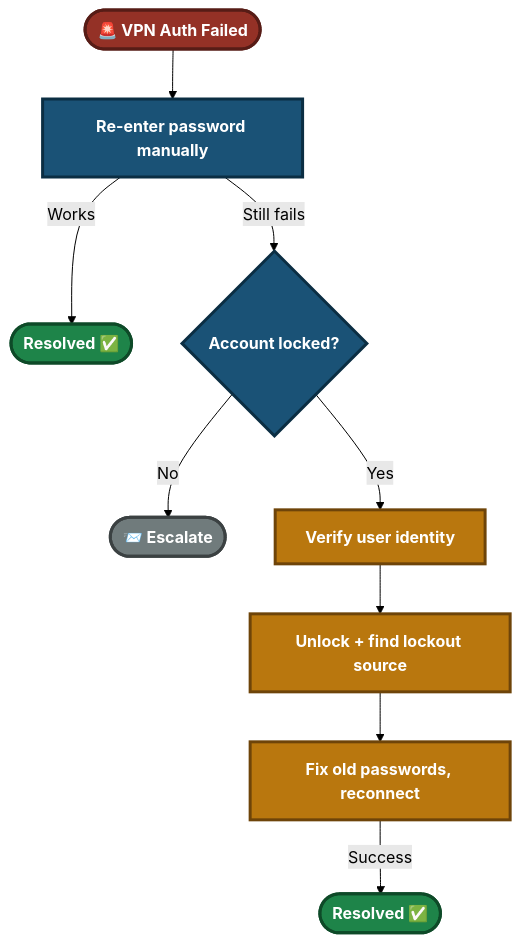
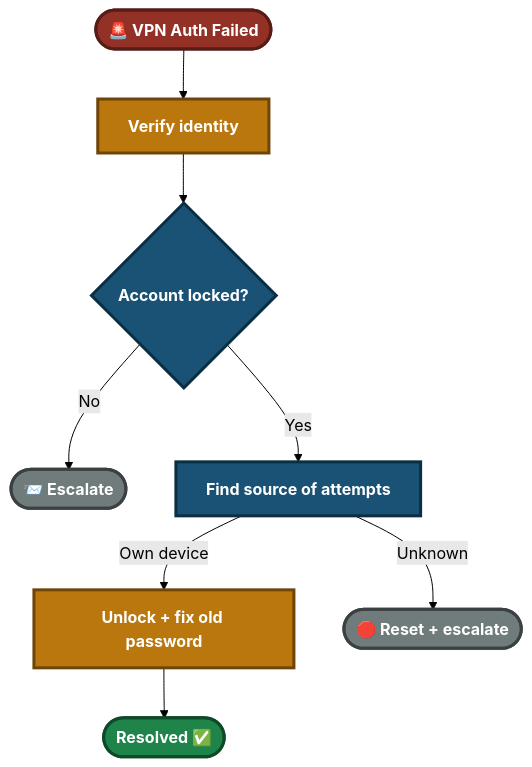
The fifth of 5 diagrams in 01-Video-knowledge-base/01.3-VPN-Connection-Failed.md (malaika-azhar/Customer-Tech-Support-Portfolio), drawn with Mermaid (forest theme) before and after one commit. The commit also changed other lines of this file, not shown here.

````diff
--- a/01-Video-knowledge-base/01.3-VPN-Connection-Failed.md
+++ b/01-Video-knowledge-base/01.3-VPN-Connection-Failed.md
@@ -305,17 +325,16 @@
 ```mermaid
 flowchart TD
-    Start(["🚨 VPN Auth Failed"]):::start --> A["Re-enter password manually"]:::step
-    A -->|Works| End1(["Resolved ✅"]):::ok
-    A -->|Still fails| B{"Account locked?"}:::step
+    Start(["🚨 VPN Auth Failed"]):::start --> V["Verify identity"]:::fix
+    V --> B{"Account locked?"}:::step
     B -->|No| D(["📨 Escalate"]):::esc
-    B -->|Yes| V["Verify user identity"]:::fix
-    V --> C["Unlock + find lockout source"]:::fix
-    C --> F["Fix old passwords, reconnect"]:::fix
-    F -->|Success| End2(["Resolved ✅"]):::ok
+    B -->|Yes| S["Find source of attempts"]:::step
+    S -->|Own device| C["Unlock + fix old password"]:::fix
+    S -->|Unknown| X(["🛑 Reset + escalate"]):::esc
+    C --> End1(["Resolved ✅"]):::ok
 
     classDef start fill:#943126,stroke:#571C16,stroke-width:3px,color:#FFFFFF,font-weight:bold
     classDef step fill:#1A5276,stroke:#0B2E43,stroke-width:3px,color:#FFFFFF,font-weight:bold
     classDef fix fill:#B9770E,stroke:#6E4409,stroke-width:3px,color:#FFFFFF,font-weight:bold
     classDef ok fill:#1E8449,stroke:#0E4A28,stroke-width:3px,color:#FFFFFF,font-weight:bold
     classDef esc fill:#707B7C,stroke:#3B4142,stroke-width:3px,color:#FFFFFF,font-weight:bold
 ```
````
